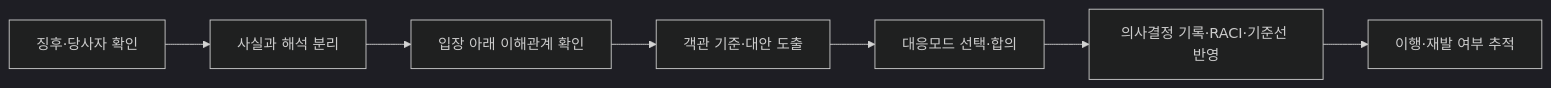
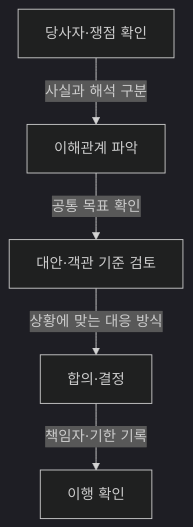
The third of 3 diagrams in src/content/docs/notes/itpe/01-it-strategy/035_conflict_management.md (agnusdei1207/study), drawn with Mermaid (dark theme) before and after one commit. The commit also changed other lines of this file and 2 other files, not shown here.

````diff
--- a/src/content/docs/notes/itpe/01-it-strategy/035_conflict_management.md
+++ b/src/content/docs/notes/itpe/01-it-strategy/035_conflict_management.md
@@ -117,9 +126,7 @@
 ```mermaid
-flowchart LR
-    A[징후·당사자 확인] --> B[사실과 해석 분리]
-    B --> C[입장 아래 이해관계 확인]
-    C --> D[객관 기준·대안 도출]
-    D --> E[대응모드 선택·합의]
-    E --> F[의사결정 기록·RACI·기준선 반영]
-    F --> G[이행·재발 여부 추적]
+flowchart TD
+    A["당사자·쟁점 확인"] -->|사실과 해석 구분| B["이해관계 파악"]
+    B -->|공통 목표 확인| C["대안·객관 기준 검토"]
+    C -->|상황에 맞는 대응 방식| D["합의·결정"]
+    D -->|책임자·기한 기록| E["이행 확인"]
 ```
````
